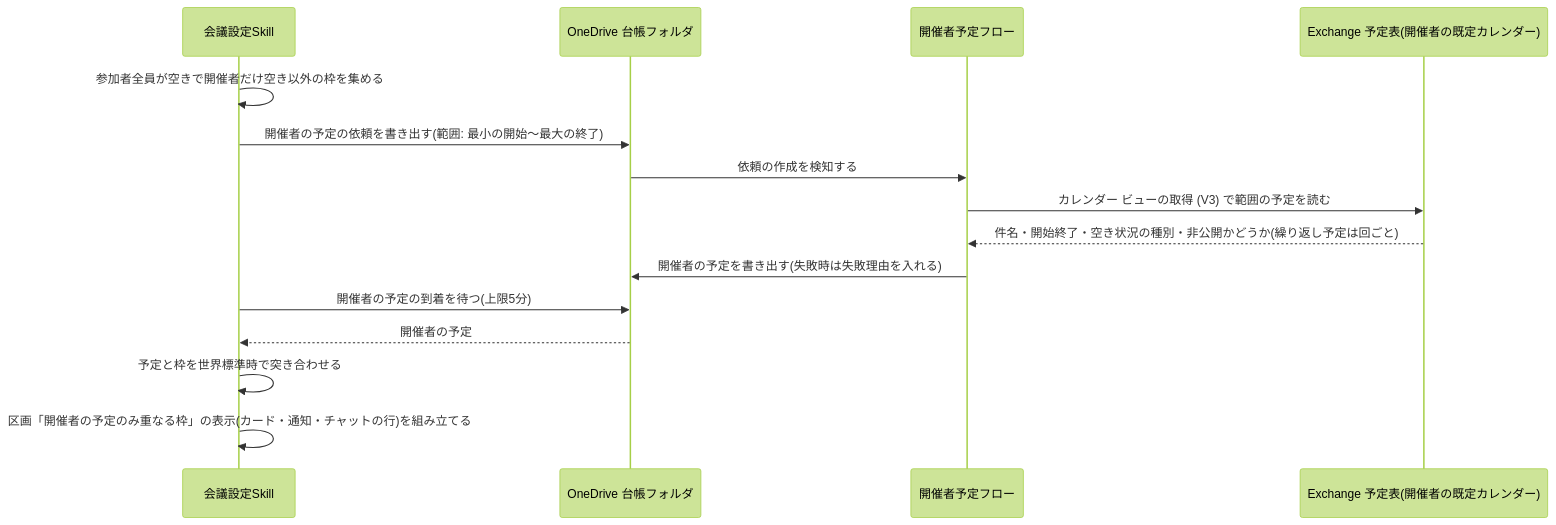
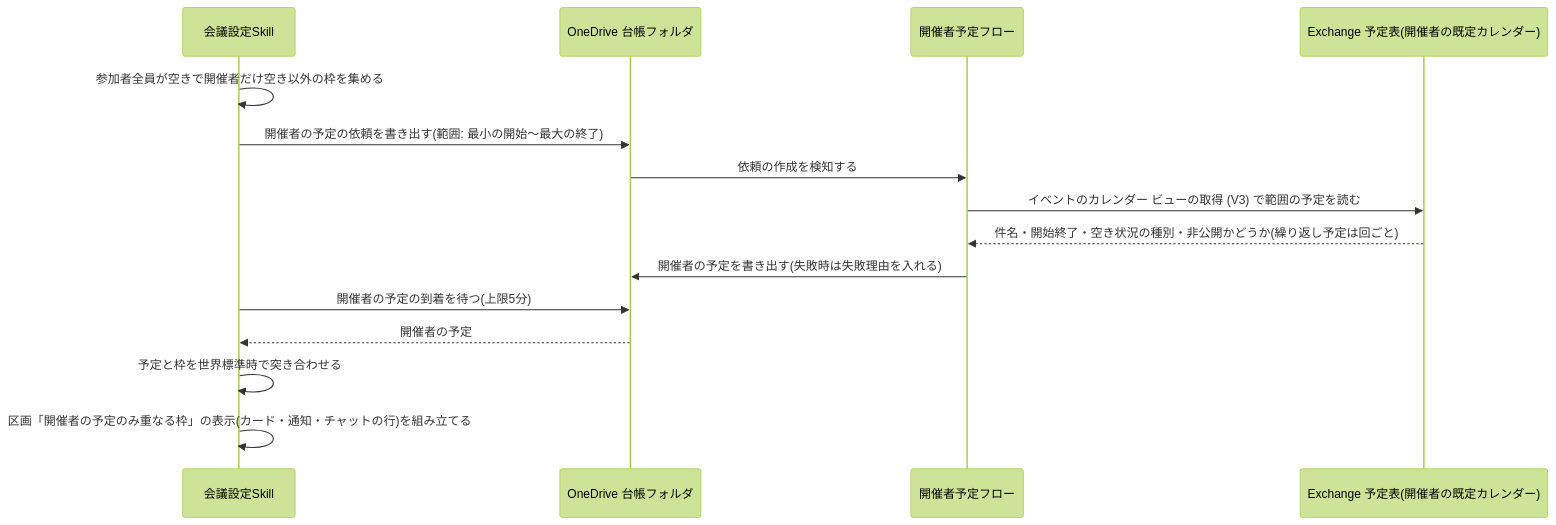
One commit to dnode-ryosuke-yamazaki/study changed the fourth of 12 diagrams in apps/meeting-setup-automation/specs/meeting-scheduling/design.md. Above: the diagram before and after it, drawn with Mermaid (forest theme). The commit also changed other lines of this file and 10 other files, not shown here.

````diff
--- a/apps/meeting-setup-automation/specs/meeting-scheduling/design.md
+++ b/apps/meeting-setup-automation/specs/meeting-scheduling/design.md
@@ -163,18 +163,18 @@
 ```mermaid
 sequenceDiagram
     participant S as 会議設定Skill
     participant D as OneDrive 台帳フォルダ
     participant F3 as 開催者予定フロー
     participant C as Exchange 予定表(開催者の既定カレンダー)
 
     S->>S: 参加者全員が空きで開催者だけ空き以外の枠を集める
     S->>D: 開催者の予定の依頼を書き出す(範囲: 最小の開始〜最大の終了)
     D->>F3: 依頼の作成を検知する
-    F3->>C: カレンダー ビューの取得 (V3) で範囲の予定を読む
+    F3->>C: イベントのカレンダー ビューの取得 (V3) で範囲の予定を読む
     C-->>F3: 件名・開始終了・空き状況の種別・非公開かどうか(繰り返し予定は回ごと)
     F3->>D: 開催者の予定を書き出す(失敗時は失敗理由を入れる)
     S->>D: 開催者の予定の到着を待つ(上限5分)
     D-->>S: 開催者の予定
     S->>S: 予定と枠を世界標準時で突き合わせる
     S->>S: 区画「開催者の予定のみ重なる枠」の表示(カード・通知・チャットの行)を組み立てる
 ```
````
